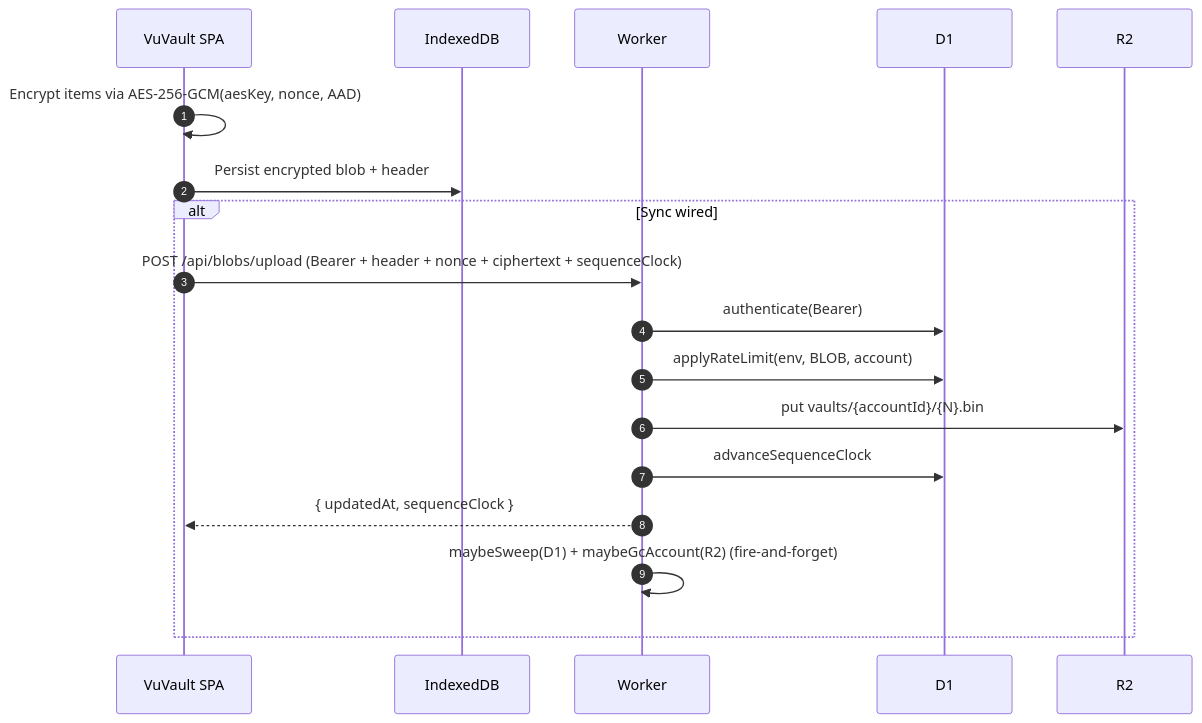
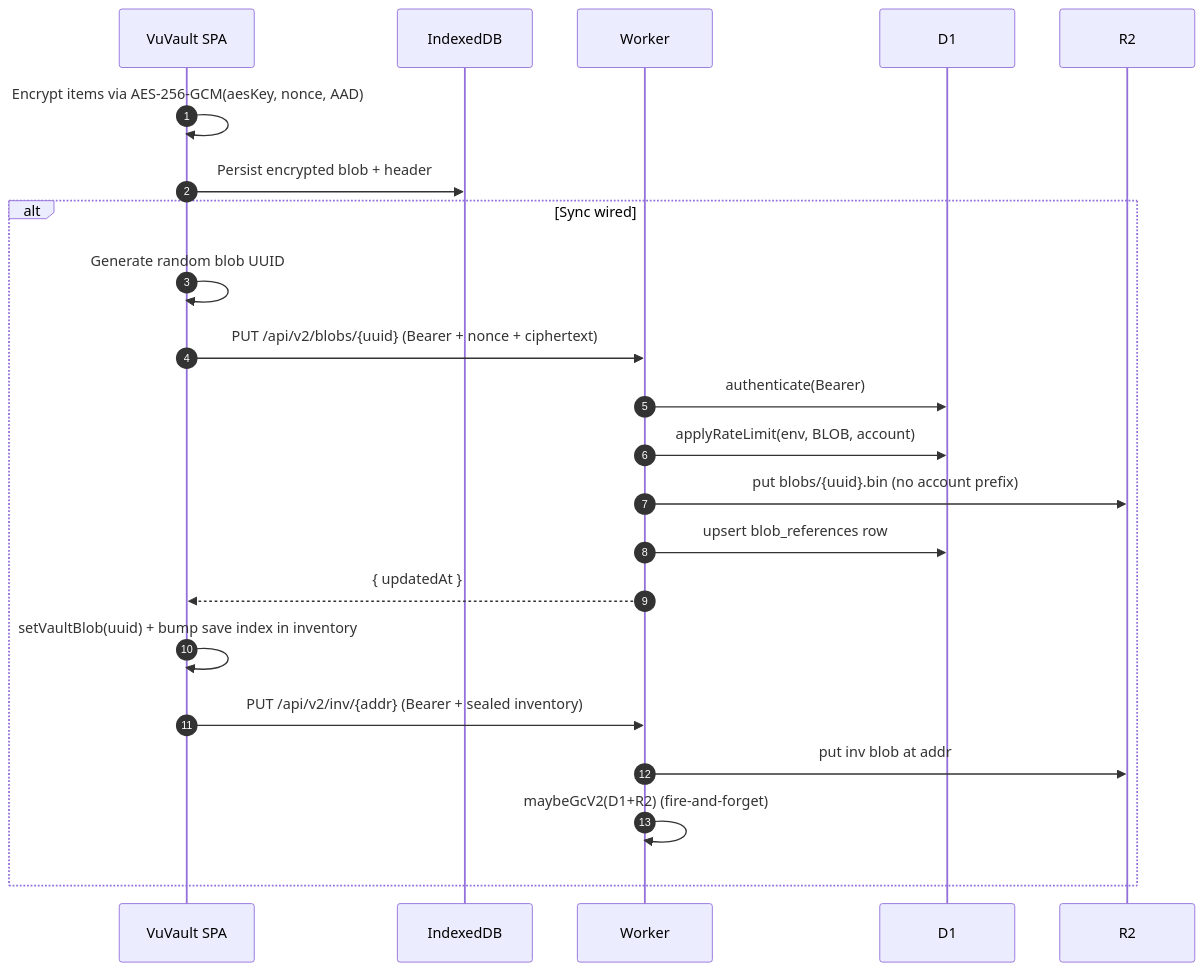
One commit to hermerdeox/vuvault changed the third of 3 diagrams in docs/THREAT-MODEL.md. Above: the diagram before and after it, drawn with Mermaid. The commit also changed other lines of this file and 48 other files, not shown here.

````diff
--- a/docs/THREAT-MODEL.md
+++ b/docs/THREAT-MODEL.md
@@ -145,21 +150,25 @@
 ```mermaid
 sequenceDiagram
 	autonumber
 	participant SPA as VuVault SPA
 	participant IDB as IndexedDB
 	participant W as Worker
 	participant D1 as D1
 	participant R2 as R2
 
 	SPA->>SPA: Encrypt items via AES-256-GCM(aesKey, nonce, AAD)
 	SPA->>IDB: Persist encrypted blob + header
 	alt Sync wired
-		SPA->>W: POST /api/blobs/upload (Bearer + header + nonce + ciphertext + sequenceClock)
+		SPA->>SPA: Generate random blob UUID
+		SPA->>W: PUT /api/v2/blobs/{uuid} (Bearer + nonce + ciphertext)
 		W->>D1: authenticate(Bearer)
 		W->>D1: applyRateLimit(env, BLOB, account)
-		W->>R2: put vaults/{accountId}/{N}.bin
-		W->>D1: advanceSequenceClock
-		W-->>SPA: { updatedAt, sequenceClock }
-		W->>W: maybeSweep(D1) + maybeGcAccount(R2) (fire-and-forget)
+		W->>R2: put blobs/{uuid}.bin (no account prefix)
+		W->>D1: upsert blob_references row
+		W-->>SPA: { updatedAt }
+		SPA->>SPA: setVaultBlob(uuid) + bump save index in inventory
+		SPA->>W: PUT /api/v2/inv/{addr} (Bearer + sealed inventory)
+		W->>R2: put inv blob at addr
+		W->>W: maybeGcV2(D1+R2) (fire-and-forget)
 	end
 ```
````
